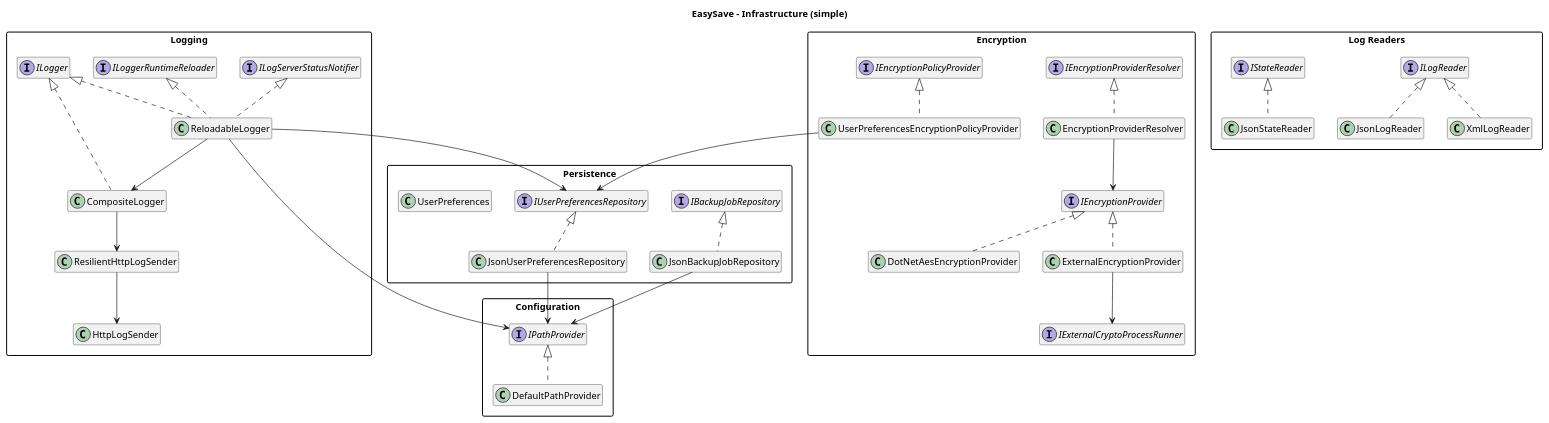
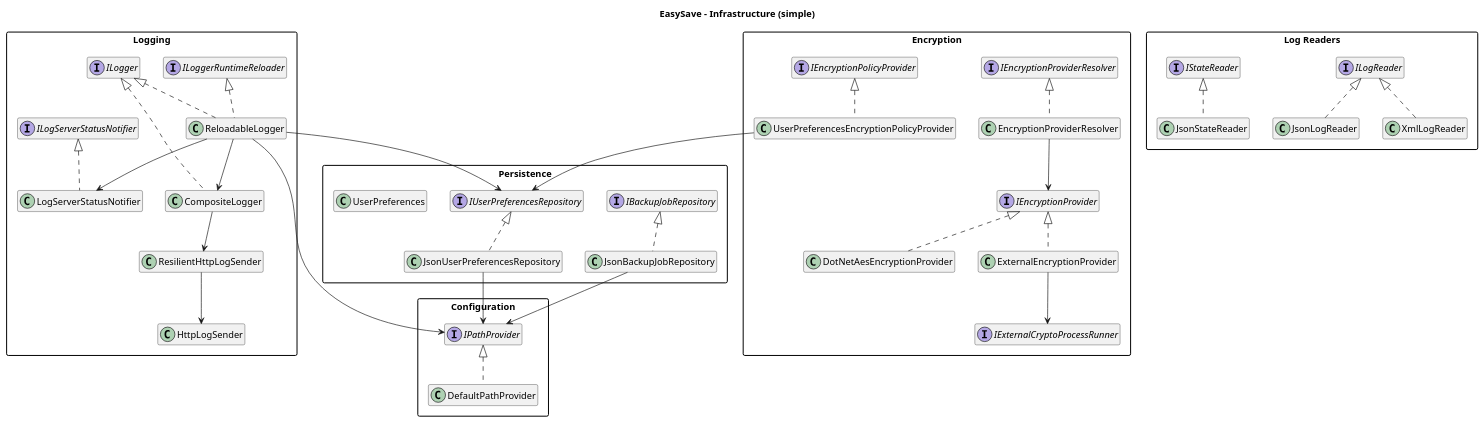
One commit to ant0rbtll/EasySave changed the diagram in docs/classes-infra.puml. Above: the diagram before and after it, drawn with PlantUML. The commit also changed 2 other files, not shown here.

```diff
--- a/docs/classes-infra.puml
+++ b/docs/classes-infra.puml
@@ -1,78 +1,80 @@
 @startuml
 title EasySave - Infrastructure (simple)
 
 skinparam packageStyle rectangle
 skinparam shadowing false
 hide empty members
 
 package "Configuration" {
   interface IPathProvider
   class DefaultPathProvider
 }
 
 package "Persistence" {
   interface IBackupJobRepository
   class JsonBackupJobRepository
   interface IUserPreferencesRepository
   class JsonUserPreferencesRepository
   class UserPreferences
 }
 
 package "Logging" {
   interface ILogger
   interface ILoggerRuntimeReloader
   interface ILogServerStatusNotifier
   class ReloadableLogger
+  class LogServerStatusNotifier
   class CompositeLogger
   class ResilientHttpLogSender
   class HttpLogSender
 }
 
 package "Log Readers" {
   interface ILogReader
   class JsonLogReader
   class XmlLogReader
   interface IStateReader
   class JsonStateReader
 }
 
 package "Encryption" {
   interface IEncryptionPolicyProvider
   class UserPreferencesEncryptionPolicyProvider
   interface IEncryptionProviderResolver
   class EncryptionProviderResolver
   interface IEncryptionProvider
   class DotNetAesEncryptionProvider
   class ExternalEncryptionProvider
   interface IExternalCryptoProcessRunner
 }
 
 IPathProvider <|.. DefaultPathProvider
 IBackupJobRepository <|.. JsonBackupJobRepository
 IUserPreferencesRepository <|.. JsonUserPreferencesRepository
 ILogReader <|.. JsonLogReader
 ILogReader <|.. XmlLogReader
 IStateReader <|.. JsonStateReader
 
 ILogger <|.. ReloadableLogger
 ILoggerRuntimeReloader <|.. ReloadableLogger
-ILogServerStatusNotifier <|.. ReloadableLogger
+ILogServerStatusNotifier <|.. LogServerStatusNotifier
 ILogger <|.. CompositeLogger
 
 IEncryptionPolicyProvider <|.. UserPreferencesEncryptionPolicyProvider
 IEncryptionProviderResolver <|.. EncryptionProviderResolver
 IEncryptionProvider <|.. DotNetAesEncryptionProvider
 IEncryptionProvider <|.. ExternalEncryptionProvider
 
 JsonBackupJobRepository --> IPathProvider
 JsonUserPreferencesRepository --> IPathProvider
 UserPreferencesEncryptionPolicyProvider --> IUserPreferencesRepository
 EncryptionProviderResolver --> IEncryptionProvider
 ExternalEncryptionProvider --> IExternalCryptoProcessRunner
 ReloadableLogger --> IUserPreferencesRepository
 ReloadableLogger --> IPathProvider
+ReloadableLogger --> LogServerStatusNotifier
 ReloadableLogger --> CompositeLogger
 CompositeLogger --> ResilientHttpLogSender
 ResilientHttpLogSender --> HttpLogSender
 
 @enduml
```
